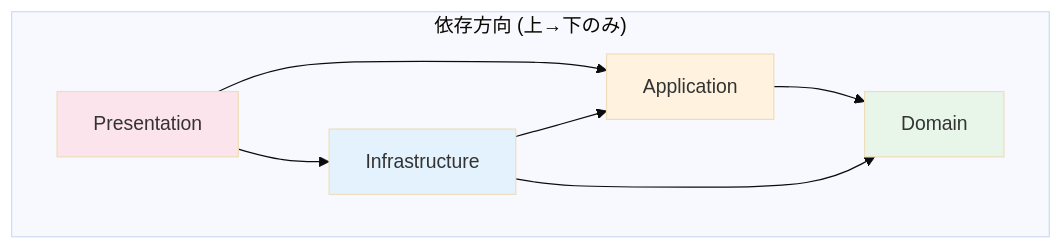
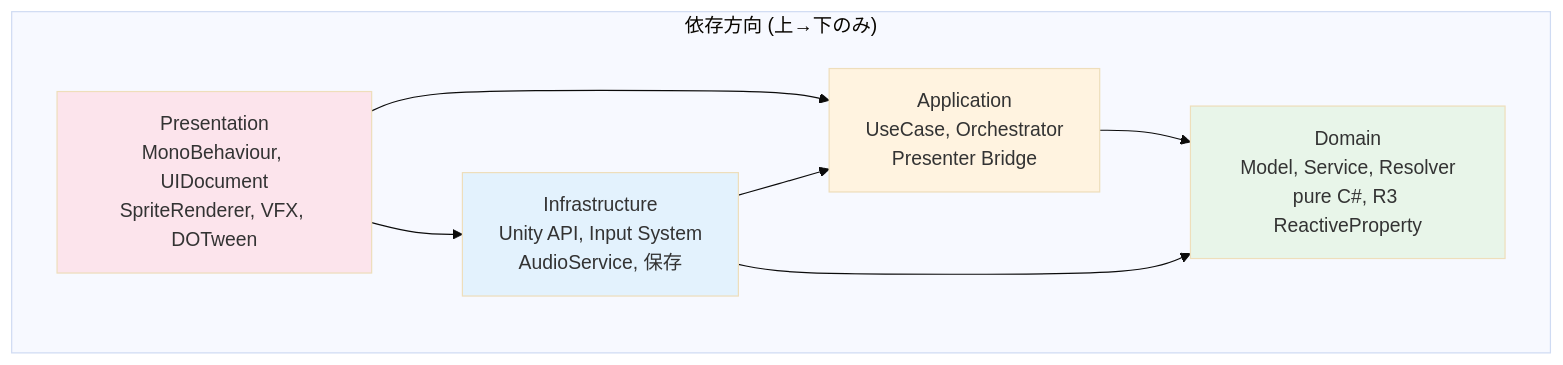
The third of 10 diagrams in docs/architecture.md (OUCC/2026-spring-hackathon-teamA), drawn with Mermaid (base theme) before and after one commit. The commit also changed other lines of this file, not shown here.

First line of the commit message:
architecture.md のエラーなし図の情報量を復元

````diff
--- a/docs/architecture.md
+++ b/docs/architecture.md
@@ -111,20 +109,20 @@
 ```mermaid
 graph TB
     subgraph layers["依存方向 (上→下のみ)"]
-        Pres[Presentation]
-        Infra[Infrastructure]
-        App[Application]
-        Dom[Domain]
+        Pres["Presentation<br/>MonoBehaviour, UIDocument<br/>SpriteRenderer, VFX, DOTween"]
+        Infra["Infrastructure<br/>Unity API, Input System<br/>AudioService, 保存"]
+        App["Application<br/>UseCase, Orchestrator<br/>Presenter Bridge"]
+        Dom["Domain<br/>Model, Service, Resolver<br/>pure C#, R3 ReactiveProperty"]
     end
 
     Pres --> App
     Pres --> Infra
     Infra --> App
     Infra --> Dom
     App --> Dom
 
     style Dom fill:#e8f5e9
     style App fill:#fff3e0
     style Infra fill:#e3f2fd
     style Pres fill:#fce4ec
 ```
````
